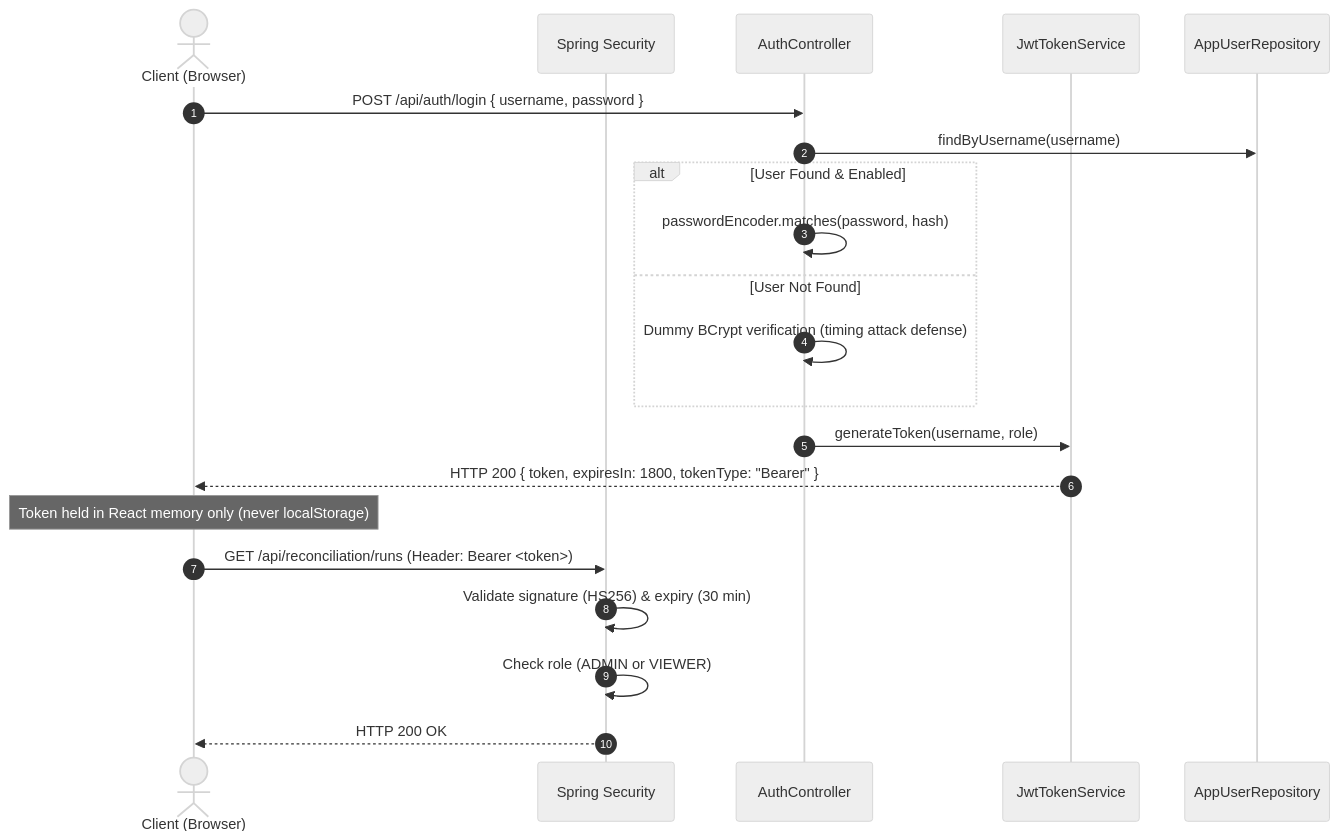
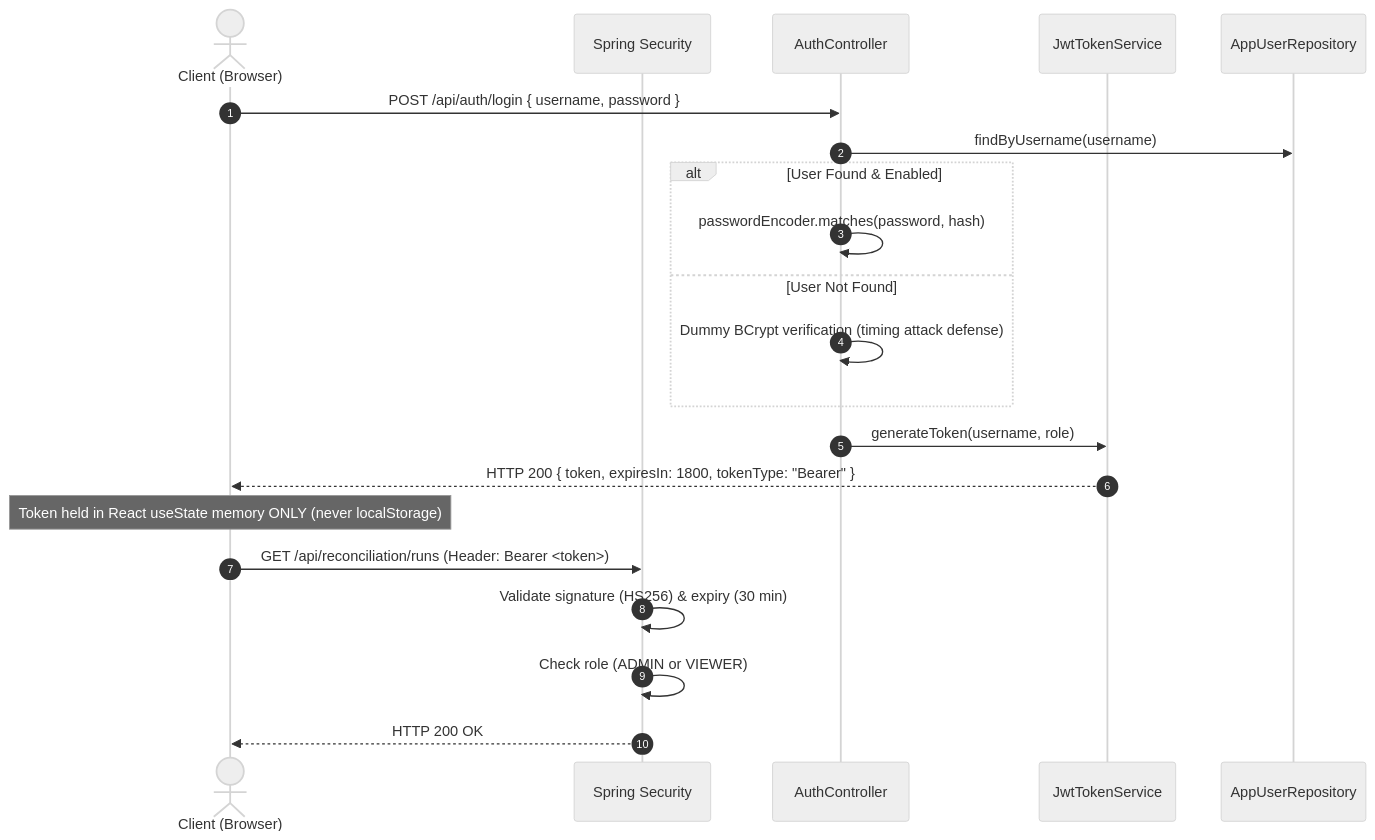
One commit to Kaifkhan1212/ReconcileX changed the third of 3 diagrams in ARCHITECTURE.md. Above: the diagram before and after it, drawn with Mermaid (neutral theme). The commit also changed other lines of this file and 53 other files, not shown here.

````diff
--- a/ARCHITECTURE.md
+++ b/ARCHITECTURE.md
@@ -204,26 +220,26 @@
 ```mermaid
 sequenceDiagram
     autonumber
     actor User as Client (Browser)
     participant Sec as Spring Security
     participant Auth as AuthController
     participant Token as JwtTokenService
     participant DB as AppUserRepository
 
     User->>Auth: POST /api/auth/login { username, password }
     Auth->>DB: findByUsername(username)
     alt User Found & Enabled
         Auth->>Auth: passwordEncoder.matches(password, hash)
     else User Not Found
         Auth->>Auth: Dummy BCrypt verification (timing attack defense)
     end
     Auth->>Token: generateToken(username, role)
     Token-->>User: HTTP 200 { token, expiresIn: 1800, tokenType: "Bearer" }
 
-    Note over User: Token held in React memory only (never localStorage)
+    Note over User: Token held in React useState memory ONLY (never localStorage)
 
     User->>Sec: GET /api/reconciliation/runs (Header: Bearer <token>)
     Sec->>Sec: Validate signature (HS256) & expiry (30 min)
     Sec->>Sec: Check role (ADMIN or VIEWER)
     Sec-->>User: HTTP 200 OK
 ```
````
